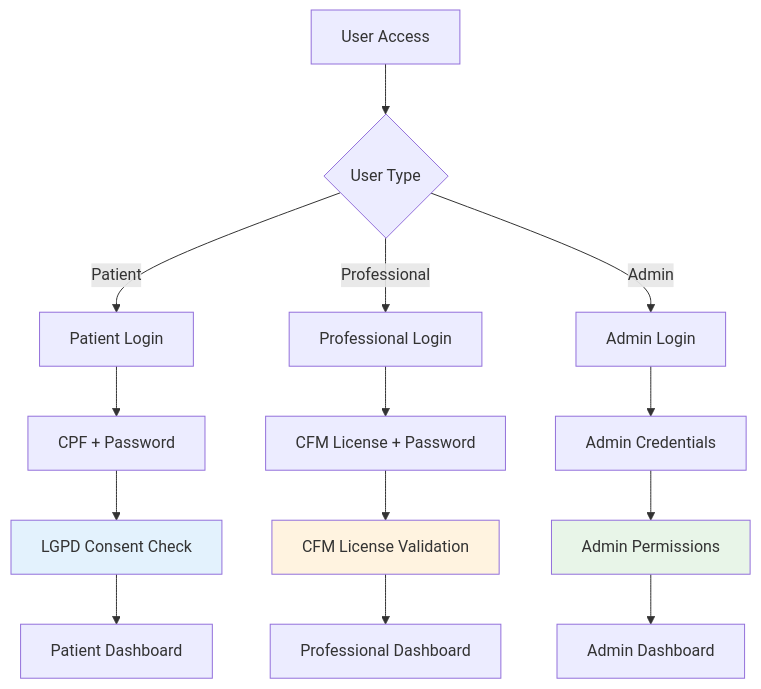
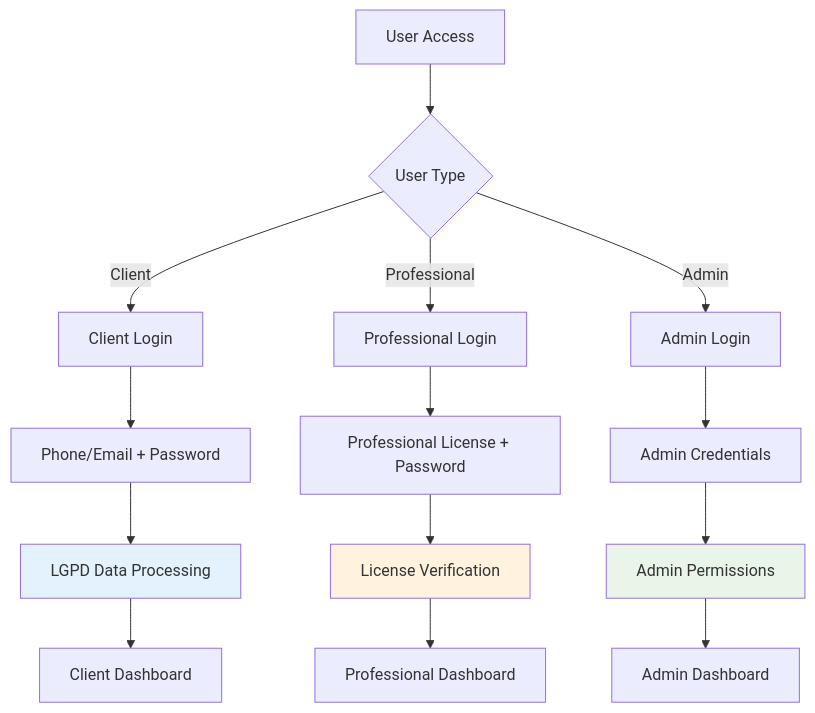
Before and after one commit to GrupoUS/neonpro: the second of 16 diagrams in docs/architecture/aesthetic-platform-flows.md, drawn with Mermaid. The commit also changed other lines of this file and 892 other files, not shown here.

````diff
--- a/docs/architecture/aesthetic-platform-flows.md
+++ b/docs/architecture/aesthetic-platform-flows.md
@@ -65,23 +58,23 @@
 ```mermaid
 flowchart TD
     A[User Access] --> B{User Type}
-    B -->|Patient| C[Patient Login]
+    B -->|Client| C[Client Login]
     B -->|Professional| D[Professional Login]
     B -->|Admin| E[Admin Login]
 
-    C --> F[CPF + Password]
-    D --> G[CFM License + Password]
+    C --> F[Phone/Email + Password]
+    D --> G[Professional License + Password]
     E --> H[Admin Credentials]
 
-    F --> I[LGPD Consent Check]
-    G --> J[CFM License Validation]
+    F --> I[LGPD Data Processing]
+    G --> J[License Verification]
     H --> K[Admin Permissions]
 
-    I --> L[Patient Dashboard]
+    I --> L[Client Dashboard]
     J --> M[Professional Dashboard]
     K --> N[Admin Dashboard]
 
     style I fill:#e3f2fd
     style J fill:#fff3e0
     style K fill:#e8f5e8
 ```
````
